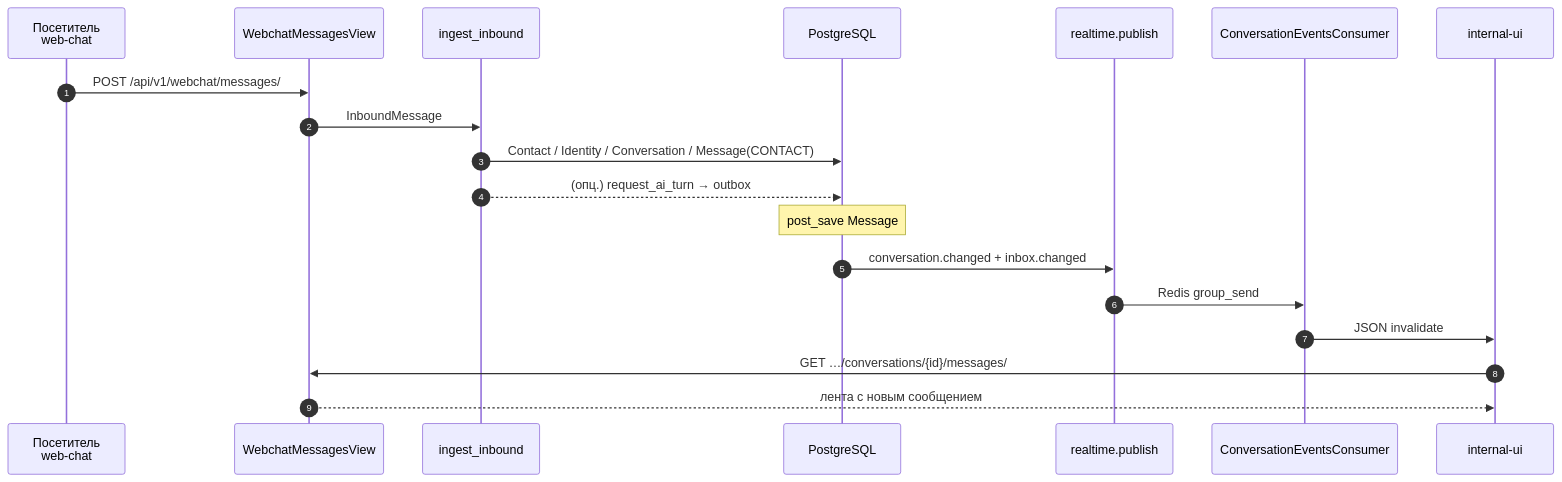
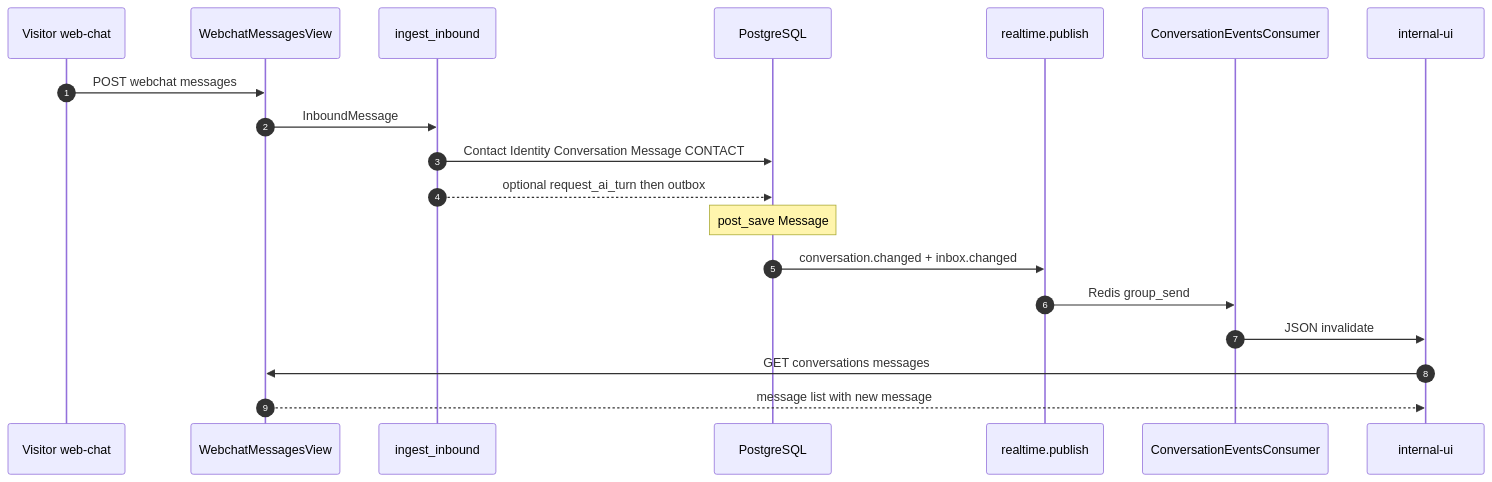
One commit to antirek/chats-architecture changed the fourth of 7 diagrams in chatballs/architecture-message-flow.md. Above: the diagram before and after it, drawn with Mermaid. The commit also changed other lines of this file, not shown here.

````diff
--- a/chatballs/architecture-message-flow.md
+++ b/chatballs/architecture-message-flow.md
@@ -175,22 +175,22 @@
 ```mermaid
 sequenceDiagram
   autonumber
-  participant V as Посетитель<br/>web-chat
+  participant V as Visitor web-chat
   participant API as WebchatMessagesView
   participant IN as ingest_inbound
   participant DB as PostgreSQL
   participant RT as realtime.publish
   participant WS as ConversationEventsConsumer
   participant UI as internal-ui
 
-  V->>API: POST /api/v1/webchat/messages/
+  V->>API: POST webchat messages
   API->>IN: InboundMessage
-  IN->>DB: Contact / Identity / Conversation / Message(CONTACT)
-  IN-->>DB: (опц.) request_ai_turn → outbox
+  IN->>DB: Contact Identity Conversation Message CONTACT
+  IN-->>DB: optional request_ai_turn then outbox
   Note over DB: post_save Message
   DB->>RT: conversation.changed + inbox.changed
   RT->>WS: Redis group_send
   WS->>UI: JSON invalidate
-  UI->>API: GET …/conversations/{id}/messages/
-  API-->>UI: лента с новым сообщением
+  UI->>API: GET conversations messages
+  API-->>UI: message list with new message
 ```
````
